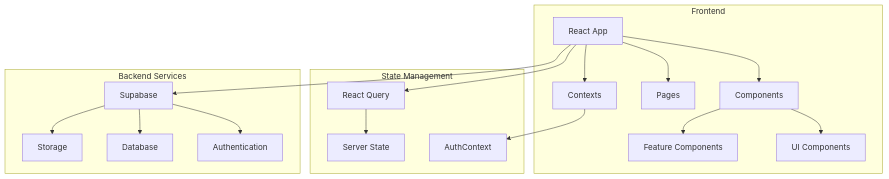
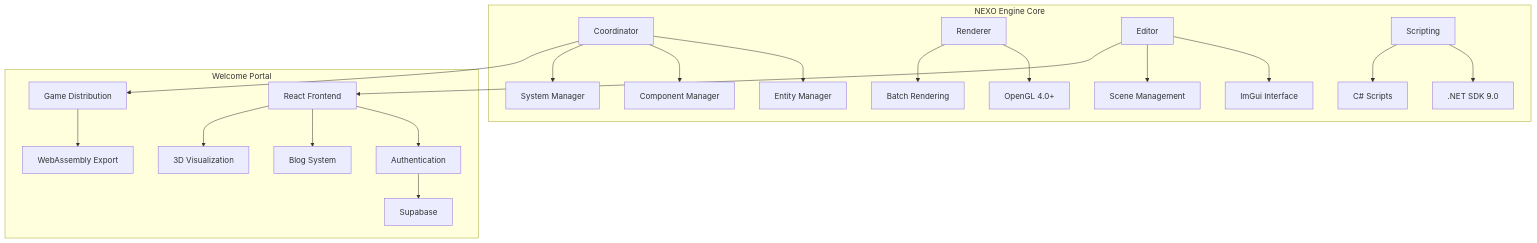
Before and after one commit to NexoEngine/nexo-website: the first of 5 diagrams in docs/guide/architecture.md, drawn with Mermaid. The commit also changed other lines of this file and 5 other files, not shown here.

````diff
--- a/docs/guide/architecture.md
+++ b/docs/guide/architecture.md
@@ -7,24 +7,25 @@
 ```mermaid
 graph TB
-    subgraph "Frontend"
-        A[React App] --> B[Components]
-        A --> C[Pages]
-        A --> D[Contexts]
-        B --> E[UI Components]
-        B --> F[Feature Components]
+    subgraph "NEXO Engine Core"
+        A[Coordinator] --> B[Entity Manager]
+        A --> C[Component Manager]
+        A --> D[System Manager]
+        E[Renderer] --> F[OpenGL 4.0+]
+        E --> G[Batch Rendering]
+        H[Editor] --> I[ImGui Interface]
+        H --> J[Scene Management]
+        K[Scripting] --> L[.NET SDK 9.0]
+        K --> M[C# Scripts]
     end
     
-    subgraph "State Management"
-        D --> G[AuthContext]
-        H[React Query] --> I[Server State]
+    subgraph "Welcome Portal"
+        N[React Frontend] --> O[Authentication]
+        N --> P[Blog System]
+        N --> Q[3D Visualization]
+        O --> R[Supabase]
+        S[Game Distribution] --> T[WebAssembly Export]
     end
     
-    subgraph "Backend Services"
-        J[Supabase] --> K[Authentication]
-        J --> L[Database]
-        J --> M[Storage]
-    end
-    
-    A --> H
-    A --> J
+    A --> S
+    H --> N
 ```
````
